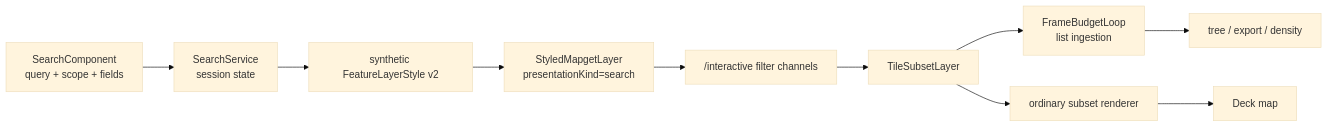
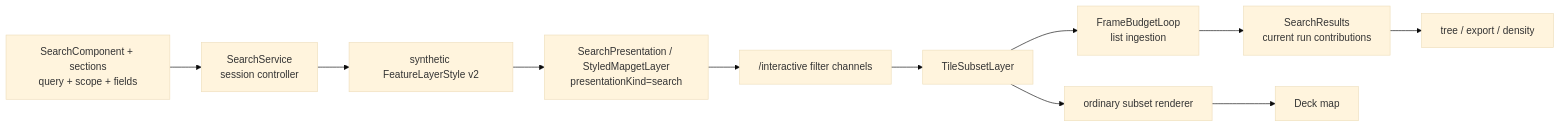
Before and after one commit to ndsev/erdblick: the diagram in docs/erdblick-search-architecture.md, drawn with Mermaid (base theme). The commit also changed other lines of this file and 80 other files, not shown here.

````diff
--- a/docs/erdblick-search-architecture.md
+++ b/docs/erdblick-search-architecture.md
@@ -28,17 +67,18 @@
 ```mermaid
 flowchart LR
-  Editor["SearchComponent<br/>query + scope + fields"]
-  Session["SearchService<br/>session state"]
+  Editor["SearchComponent + sections<br/>query + scope + fields"]
+  Session["SearchService<br/>session controller"]
   Style["synthetic FeatureLayerStyle v2"]
-  Styled["StyledMapgetLayer<br/>presentationKind=search"]
+  Styled["SearchPresentation / StyledMapgetLayer<br/>presentationKind=search"]
   Filter["/interactive filter channels"]
   Subset["TileSubsetLayer"]
   Ingest["FrameBudgetLoop<br/>list ingestion"]
   Render["ordinary subset renderer"]
+  Results["SearchResults<br/>current run contributions"]
   UI["tree / export / density"]
   Map["Deck map"]
 
   Editor --> Session --> Style --> Styled --> Filter --> Subset
-  Subset --> Ingest --> UI
+  Subset --> Ingest --> Results --> UI
   Subset --> Render --> Map
 ```
````
